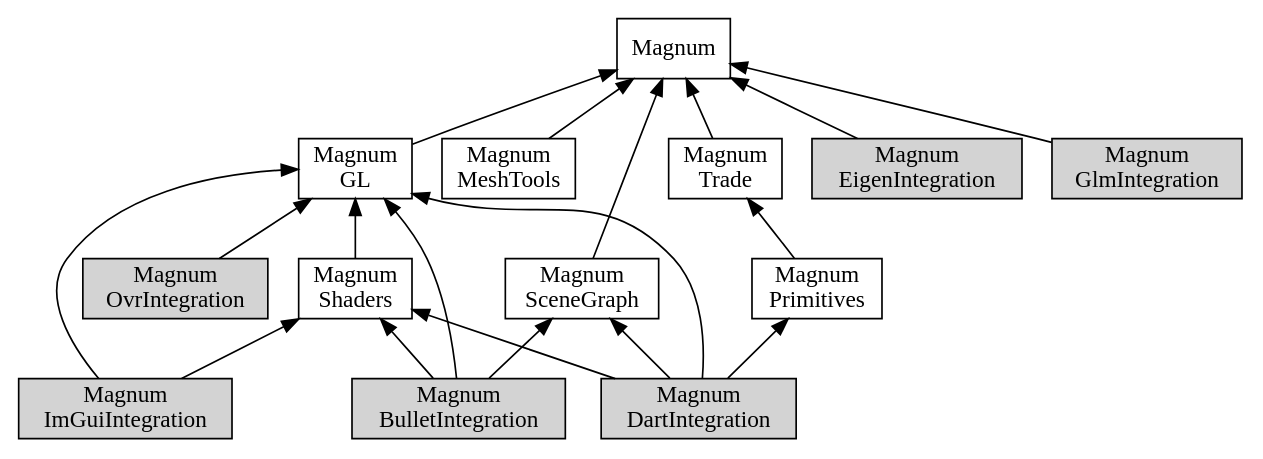
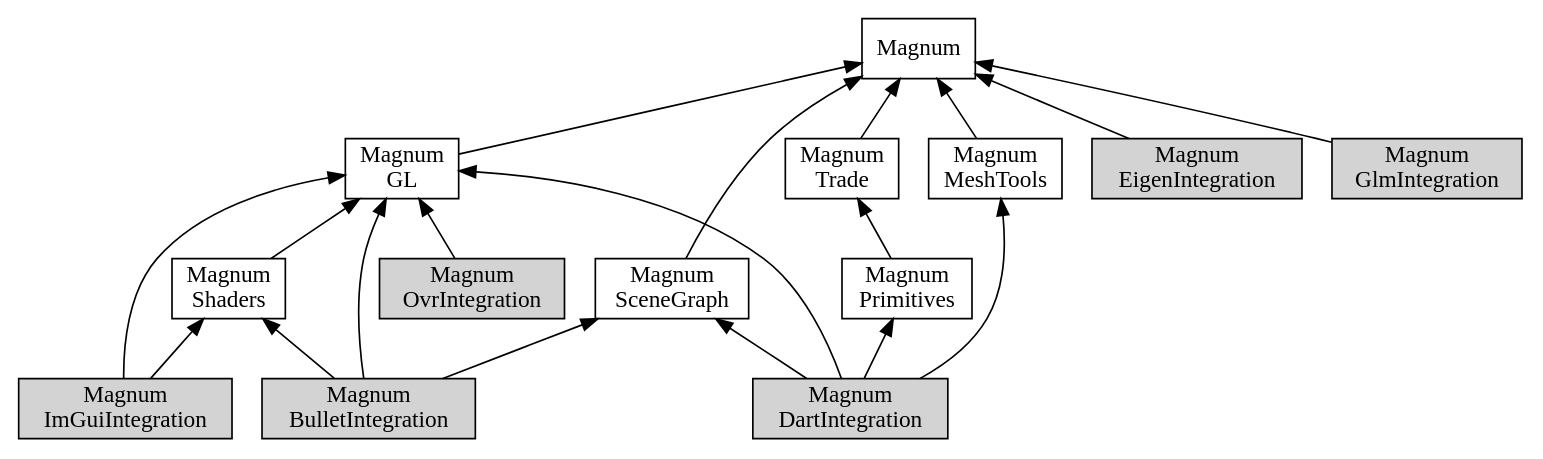
One commit to mosra/magnum-integration changed the diagram in doc/custom-buildsystems-integration-order.dot. Above: the diagram before and after it, drawn with Graphviz.

Commit message:
doc: fix errors in dependency order visualization for DartIntegration.
It doesn't depend on Shaders but rather MeshTools. Also do a random
cleanup while at it.

```diff
--- a/doc/custom-buildsystems-integration-order.dot
+++ b/doc/custom-buildsystems-integration-order.dot
@@ -1,68 +1,69 @@
 /*
     This file is part of Magnum.
 
     Copyright © 2010, 2011, 2012, 2013, 2014, 2015, 2016, 2017, 2018, 2019,
                 2020, 2021, 2022, 2023, 2024, 2025
               Vladimír Vondruš <mosra@centrum.cz>
 
     Permission is hereby granted, free of charge, to any person obtaining a
     copy of this software and associated documentation files (the "Software"),
     to deal in the Software without restriction, including without limitation
     the rights to use, copy, modify, merge, publish, distribute, sublicense,
     and/or sell copies of the Software, and to permit persons to whom the
     Software is furnished to do so, subject to the following conditions:
 
     The above copyright notice and this permission notice shall be included
     in all copies or substantial portions of the Software.
 
     THE SOFTWARE IS PROVIDED "AS IS", WITHOUT WARRANTY OF ANY KIND, EXPRESS OR
     IMPLIED, INCLUDING BUT NOT LIMITED TO THE WARRANTIES OF MERCHANTABILITY,
     FITNESS FOR A PARTICULAR PURPOSE AND NONINFRINGEMENT. IN NO EVENT SHALL
     THE AUTHORS OR COPYRIGHT HOLDERS BE LIABLE FOR ANY CLAIM, DAMAGES OR OTHER
     LIABILITY, WHETHER IN AN ACTION OF CONTRACT, TORT OR OTHERWISE, ARISING
     FROM, OUT OF OR IN CONNECTION WITH THE SOFTWARE OR THE USE OR OTHER
     DEALINGS IN THE SOFTWARE.
 */
 
 digraph "Magnum Integration dependency order" {
     rankdir=BT
     ranksep=0.5
     node [style=filled shape=rect margin="0.03,0.03"]
 
     Magnum [style=solid class="m-info"]
     MagnumGL [style=solid label="Magnum\nGL" class="m-info"]
-    MagnumMeshTools [style=solid style=solid label="Magnum\nMeshTools" class="m-info"]
+    MagnumMeshTools [style=solid label="Magnum\nMeshTools" class="m-info"]
     MagnumPrimitives [style=solid label="Magnum\nPrimitives" class="m-info"]
     MagnumSceneGraph [style=solid label="Magnum\nSceneGraph" class="m-info"]
     MagnumShaders [style=solid label="Magnum\nShaders" class="m-info"]
-    MagnumTrade [style=solid style=solid label="Magnum\nTrade" class="m-info"]
+    MagnumTrade [style=solid label="Magnum\nTrade" class="m-info"]
 
     MagnumBulletIntegration [label="Magnum\nBulletIntegration" class="m-info"]
     MagnumEigenIntegration [label="Magnum\nEigenIntegration" class="m-info"]
     MagnumDartIntegration [label="Magnum\nDartIntegration" class="m-info"]
     MagnumGlmIntegration [label="Magnum\nGlmIntegration" class="m-info"]
     MagnumImGuiIntegration [label="Magnum\nImGuiIntegration" class="m-info"]
     MagnumOvrIntegration [label="Magnum\nOvrIntegration" class="m-info"]
 
     MagnumGL -> Magnum [class="m-info"]
     MagnumMeshTools -> Magnum [class="m-info"]
     MagnumPrimitives -> MagnumTrade [class="m-info"]
     MagnumSceneGraph -> Magnum [class="m-info"]
     MagnumShaders -> MagnumGL [class="m-info"]
     MagnumTrade -> Magnum [class="m-info"]
 
     MagnumBulletIntegration -> MagnumGL
     MagnumBulletIntegration -> MagnumSceneGraph
     MagnumBulletIntegration -> MagnumShaders
 
     MagnumDartIntegration -> MagnumGL
+    MagnumDartIntegration -> MagnumMeshTools
     MagnumDartIntegration -> MagnumPrimitives
     MagnumDartIntegration -> MagnumSceneGraph
-    MagnumDartIntegration -> MagnumShaders
+
+    MagnumImGuiIntegration -> MagnumGL
+    MagnumImGuiIntegration -> MagnumShaders
 
     MagnumEigenIntegration -> Magnum
     MagnumGlmIntegration -> Magnum
-    MagnumImGuiIntegration -> MagnumGL
-    MagnumImGuiIntegration -> MagnumShaders
     MagnumOvrIntegration -> MagnumGL
 }
```
